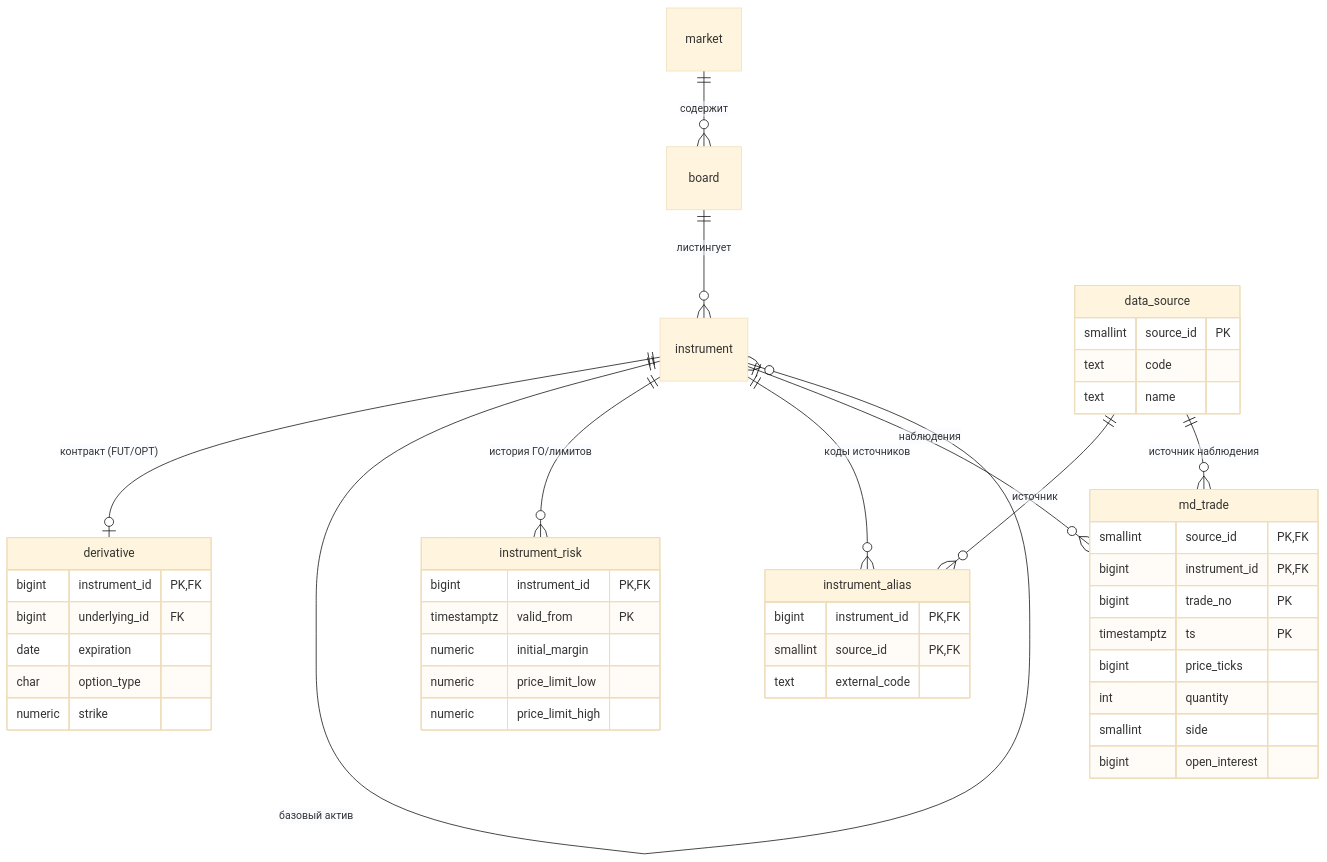
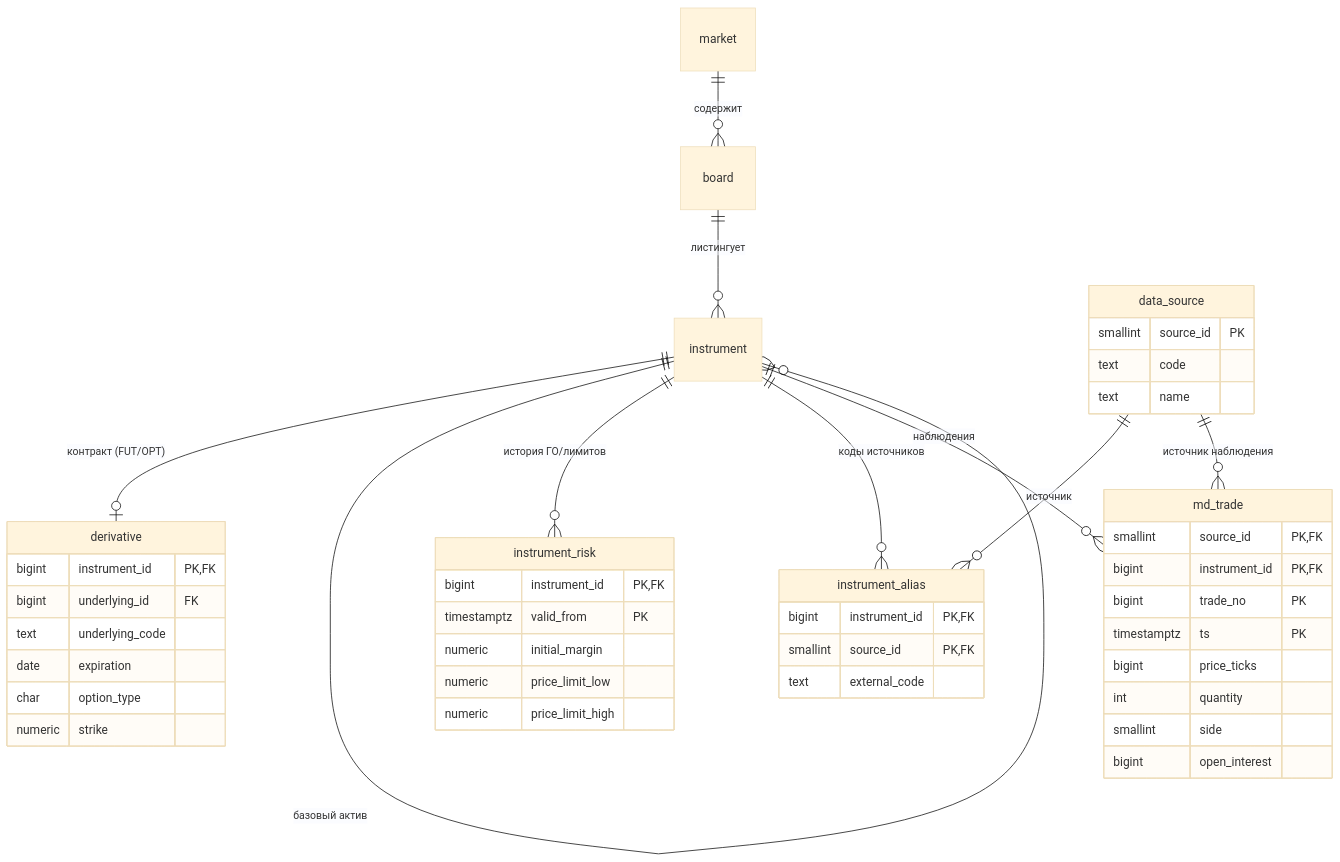
Before and after one commit to vbobroff-app/scinverse: the second of 4 diagrams in docs/architecture/db-design.md, drawn with Mermaid (base theme). The commit also changed other lines of this file and 27 other files, not shown here.

````diff
--- a/docs/architecture/db-design.md
+++ b/docs/architecture/db-design.md
@@ -215,47 +248,48 @@
 ```mermaid
 erDiagram
     market      ||--o{ board            : "содержит"
     board       ||--o{ instrument       : "листингует"
     instrument  ||--o| derivative       : "контракт (FUT/OPT)"
     instrument  ||--o{ instrument        : "базовый актив"
     instrument  ||--o{ instrument_risk  : "история ГО/лимитов"
     instrument  ||--o{ instrument_alias : "коды источников"
     data_source ||--o{ instrument_alias : "источник"
     instrument  ||--o{ md_trade         : "наблюдения"
     data_source ||--o{ md_trade         : "источник наблюдения"
 
     data_source {
         smallint source_id PK
         text     code
         text     name
     }
     instrument_alias {
         bigint   instrument_id PK,FK
         smallint source_id     PK,FK
         text     external_code
     }
     derivative {
         bigint  instrument_id PK,FK
         bigint  underlying_id FK
+        text    underlying_code
         date    expiration
         char    option_type
         numeric strike
     }
     instrument_risk {
         bigint      instrument_id PK,FK
         timestamptz valid_from    PK
         numeric     initial_margin
         numeric     price_limit_low
         numeric     price_limit_high
     }
     md_trade {
         smallint    source_id     PK,FK
         bigint      instrument_id PK,FK
         bigint      trade_no      PK
         timestamptz ts            PK
         bigint      price_ticks
         int         quantity
         smallint    side
         bigint      open_interest
     }
 ```
````
